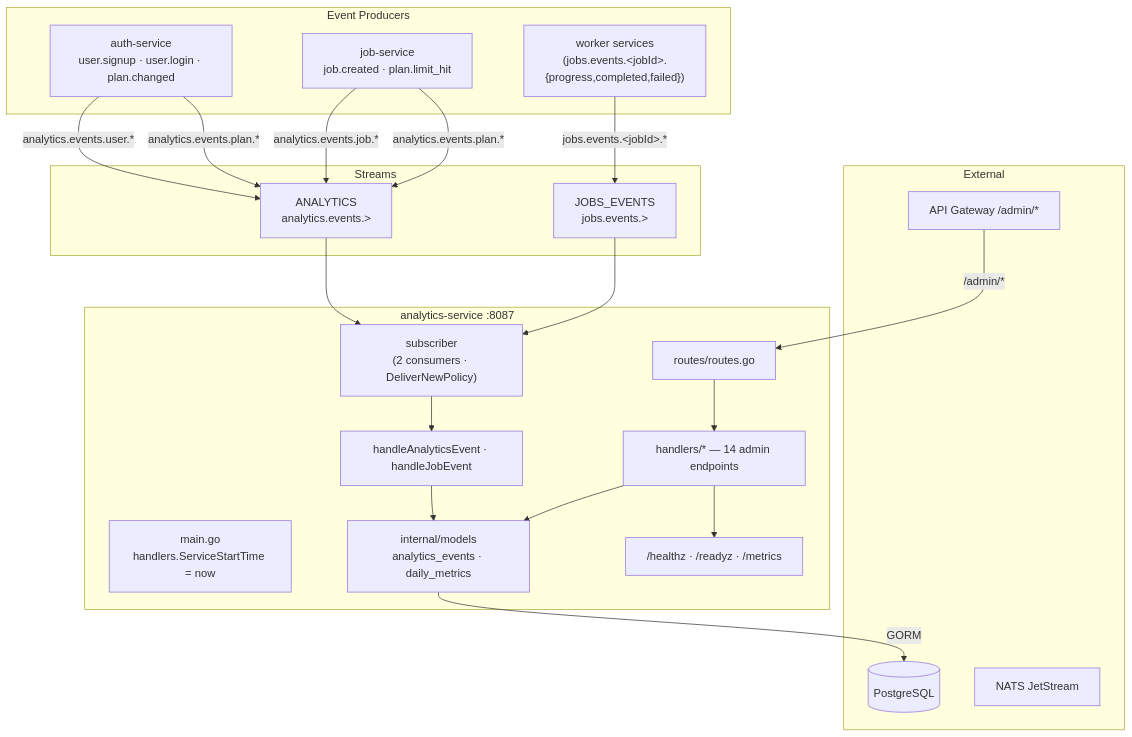
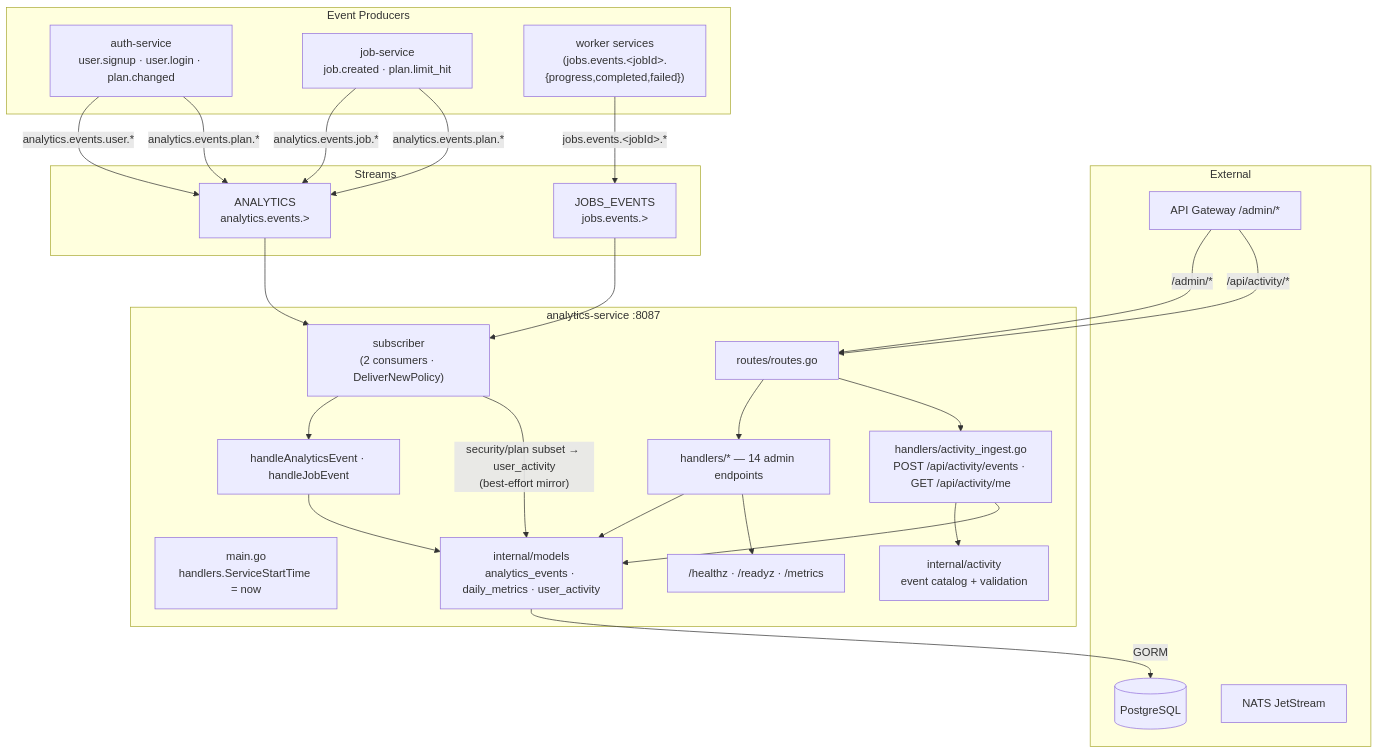
One commit to code-farms/fyredocs_backend changed the first of 6 diagrams in docs/developer/mermaid/service-analytics-service-architecture.md. Above: the diagram before and after it, drawn with Mermaid. The commit also changed other lines of this file and 24 other files, not shown here.

````diff
--- a/docs/developer/mermaid/service-analytics-service-architecture.md
+++ b/docs/developer/mermaid/service-analytics-service-architecture.md
@@ -3,45 +3,52 @@
 ```mermaid
 graph TB
     subgraph "analytics-service :8087"
         MAIN["main.go<br/>handlers.ServiceStartTime = now"]
         SUB["subscriber<br/>(2 consumers · DeliverNewPolicy)"]
         DISPATCHER["handleAnalyticsEvent · handleJobEvent"]
         HANDLERS["handlers/* — 14 admin endpoints"]
+        ACTIVITY["handlers/activity_ingest.go<br/>POST /api/activity/events · GET /api/activity/me"]
+        CATALOG["internal/activity<br/>event catalog + validation"]
         ROUTES["routes/routes.go"]
-        MODELS["internal/models<br/>analytics_events · daily_metrics"]
+        MODELS["internal/models<br/>analytics_events · daily_metrics · user_activity"]
         STARTPROBE["/healthz · /readyz · /metrics"]
     end
 
     subgraph "External"
         PG[(PostgreSQL)]
         NATS["NATS JetStream"]
         GW["API Gateway /admin/*"]
     end
 
     subgraph "Streams"
         AN["ANALYTICS<br/>analytics.events.>"]
         JE["JOBS_EVENTS<br/>jobs.events.>"]
     end
 
     subgraph "Event Producers"
         AUTH["auth-service<br/>user.signup · user.login · plan.changed"]
         JOB["job-service<br/>job.created · plan.limit_hit"]
         WORKERS["worker services<br/>(jobs.events.&lt;jobId&gt;.{progress,completed,failed})"]
     end
 
     AUTH -->|analytics.events.user.*| AN
     AUTH -->|analytics.events.plan.*| AN
     JOB  -->|analytics.events.job.*| AN
     JOB  -->|analytics.events.plan.*| AN
     WORKERS -->|jobs.events.&lt;jobId&gt;.*| JE
 
     AN --> SUB
     JE --> SUB
     SUB --> DISPATCHER --> MODELS
     MODELS -->|GORM| PG
 
     GW -->|/admin/*| ROUTES
+    GW -->|/api/activity/*| ROUTES
     ROUTES --> HANDLERS
+    ROUTES --> ACTIVITY
+    ACTIVITY --> CATALOG
+    ACTIVITY --> MODELS
+    SUB -->|"security/plan subset → user_activity<br/>(best-effort mirror)"| MODELS
     HANDLERS --> MODELS
     HANDLERS --> STARTPROBE
 ```
````
